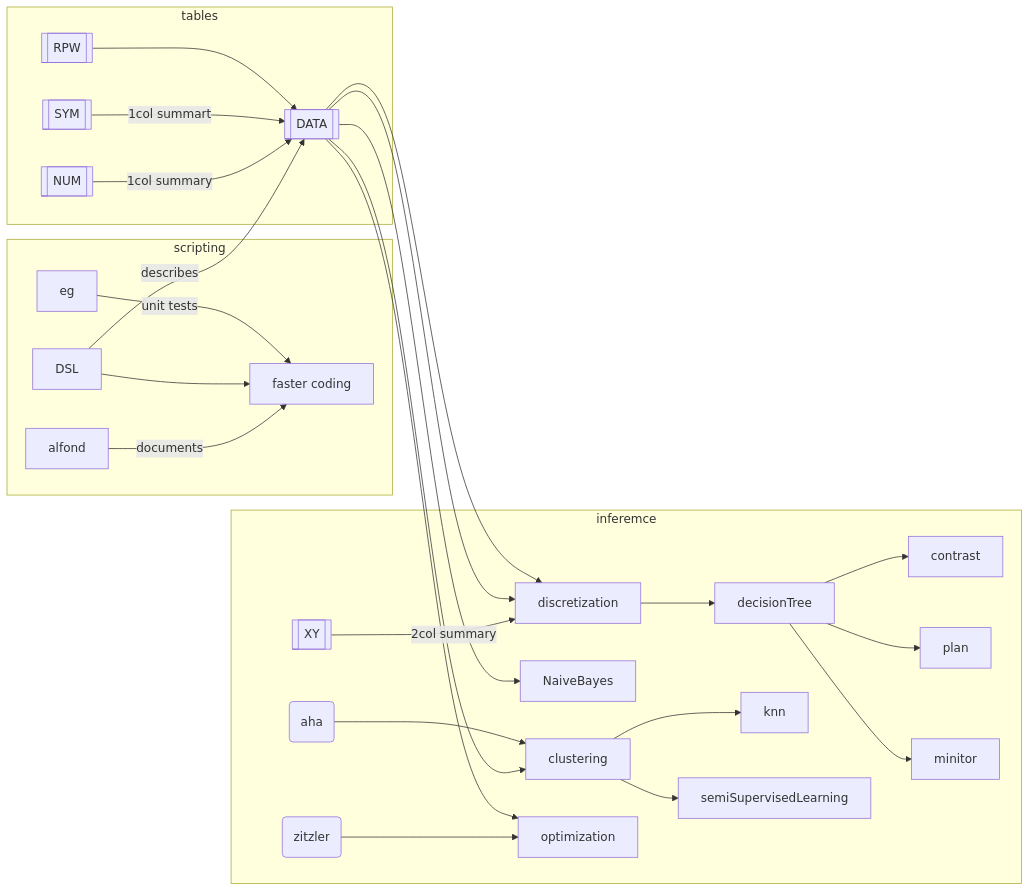
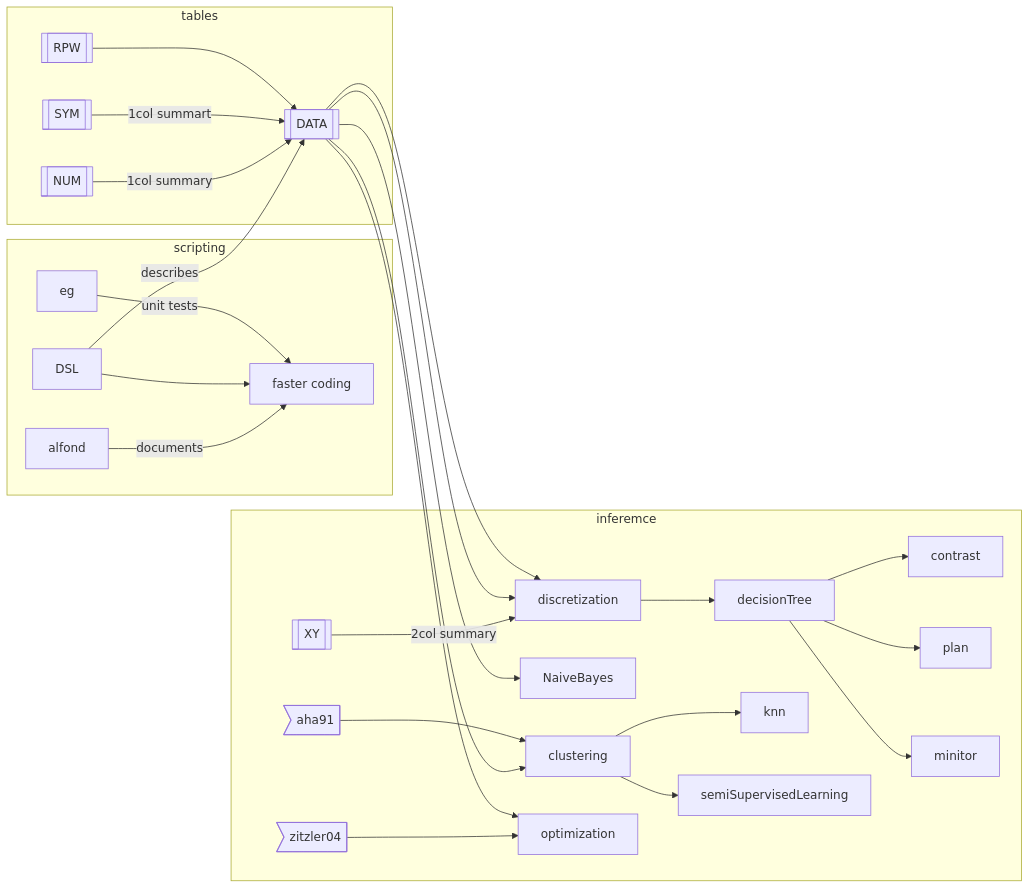
Before and after one commit to timm/tested: the diagram in README.md, drawn with Mermaid.

````diff
--- a/README.md
+++ b/README.md
@@ -24,38 +24,38 @@
 ```mermaid
 graph LR;
     subgraph scripting
        C[faster coding];
        alfond-- documents --> C;
        DSL-->C;
        eg-- unit tests -->C;
     end
        DSL-- describes -->D;
 
     subgraph tables
       R[[RPW]];
       D[[DATA]];
       S[[SYM]];
       N[[NUM]];
   N-- 1col summary -->D;
 	   S-- 1col summart -->D;
 	    R-->D;
 
     end
 
     subgraph inferemce
       XY[[XY]];
 	    XY-- 2col summary -->discretization -->decisionTree;
 	  	    D-->discretization;
 	  	    D-->NaiveBayes;
 	  	    D-->clustering;
-	    a(aha)-->clustering;
+	    a>aha91]-->clustering;
 	    clustering-->knn;
 	    clustering-->semiSupervisedLearning;
-	    z(zitzler)-->optimization;
+	    z>zitzler04]-->optimization;
 	    D-->optimization;
 	    D-->discretization 
 	    decisionTree-->contrast;
 	    decisionTree-->plan;
 	    decisionTree-->minitor;
     end
 ```
````
